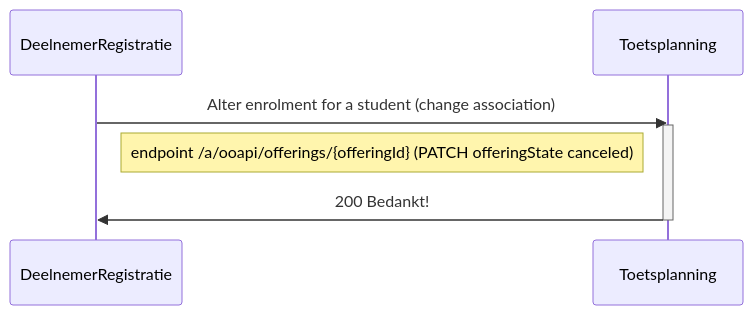
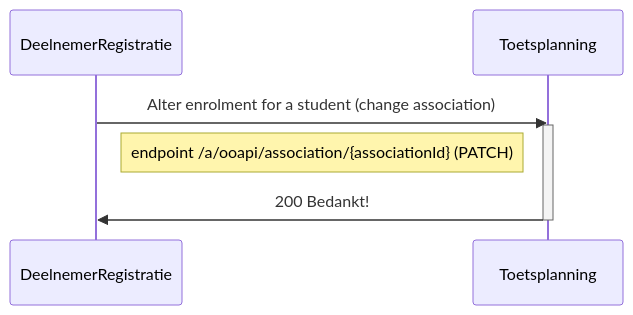
Before and after one commit to NetwerkExamineringDigitalisering/NED-OOAPI: the second of 7 diagrams in doc/flow1.md, drawn with Mermaid. The commit also changed other lines of this file and 1 other file, not shown here.

Commit message:
updates in flow 2 for short URL (assocaitions)

````diff
--- a/doc/flow1.md
+++ b/doc/flow1.md
@@ -97,11 +97,11 @@
 ```mermaid
 sequenceDiagram
     participant DeelnemerRegistratie
     participant Toetsplanning
     DeelnemerRegistratie->>Toetsplanning: Alter enrolment for a student (change association)
     activate Toetsplanning
-    Note right of DeelnemerRegistratie: endpoint /a/ooapi/offerings/{offeringId} (PATCH offeringState canceled)
+    Note right of DeelnemerRegistratie: endpoint /a/ooapi/association/{associationId} (PATCH)
     Toetsplanning->>DeelnemerRegistratie: 200 Bedankt!
     deactivate Toetsplanning
 
 ```
````
